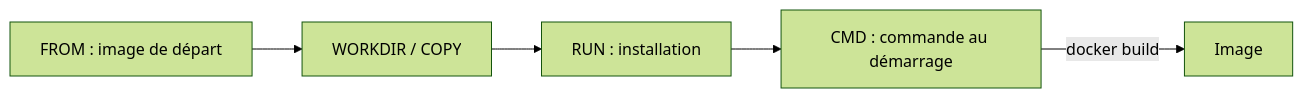
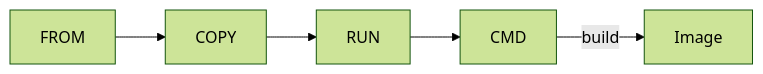
One commit to galsen-76/Informatique- changed the diagram in 03 — Concepts/Dockerfile.md. Above: the diagram before and after it, drawn with Mermaid (forest theme). The commit also changed 10 other files, not shown here.

First line of the commit message:
Concepts : diagrammes Mermaid raccourcis pour tenir en largeur

````diff
--- a/03 — Concepts/Dockerfile.md
+++ b/03 — Concepts/Dockerfile.md
@@ -41,5 +41,5 @@
 ```mermaid
 flowchart LR
-  F[FROM : image de départ] --> W[WORKDIR / COPY] --> R[RUN : installation] --> C[CMD : commande au démarrage]
-  C -- docker build --> I[Image]
+  F[FROM] --> W[COPY] --> R[RUN] --> C[CMD]
+  C -- build --> I[Image]
 ```
````
